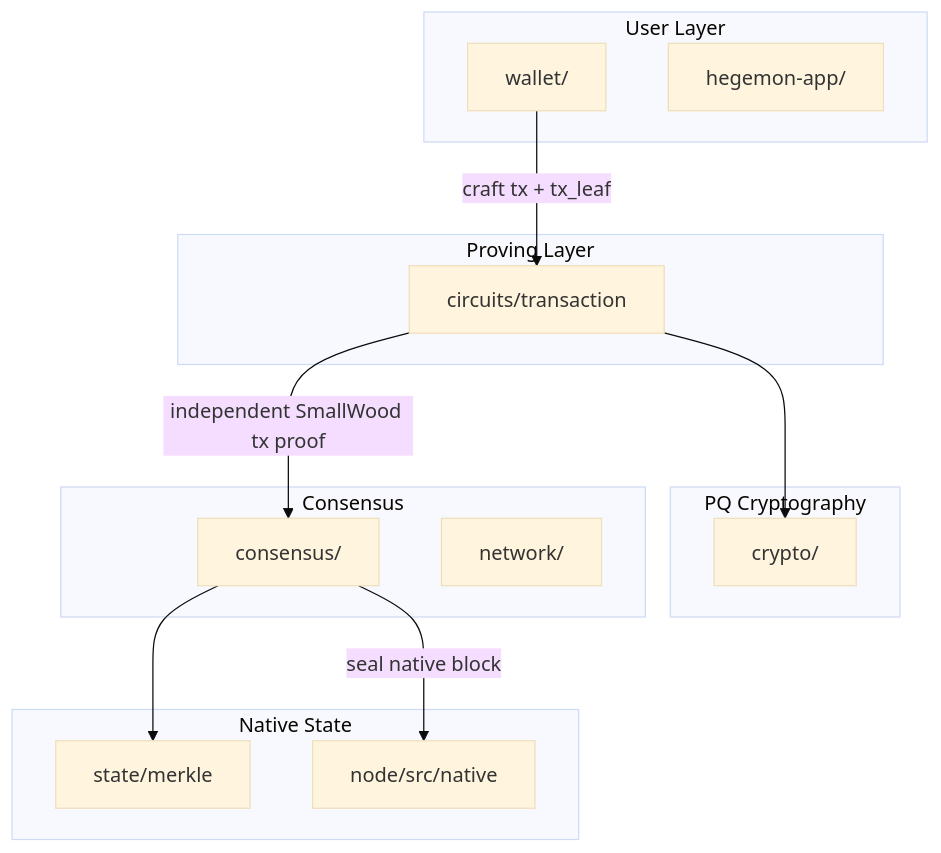
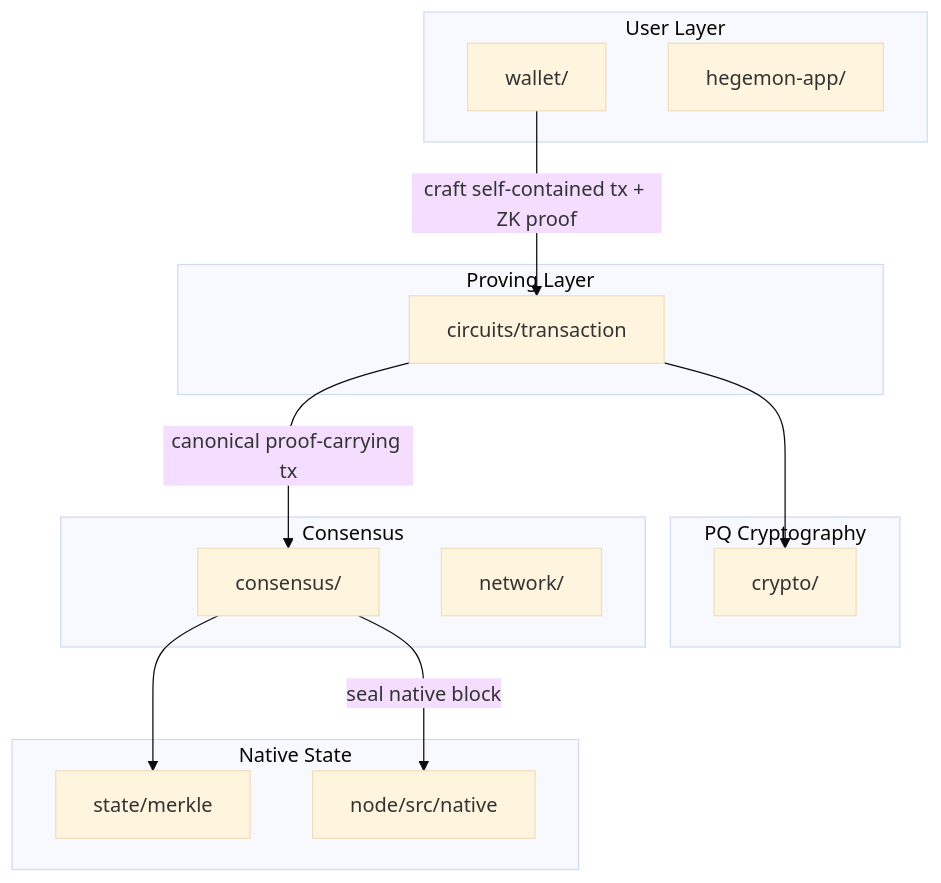
The first of 2 diagrams in README.md (Pauli-Group/Hegemon), drawn with Mermaid (base theme) before and after one commit. The commit also changed other lines of this file and 1000 other files, not shown here.

Commit message:
Checkpoint SmallWood production campaign before main PR 204

````diff
--- a/README.md
+++ b/README.md
@@ -27,31 +27,31 @@
 ```mermaid
 flowchart TB
     subgraph User["User Layer"]
         W[wallet/]
         UI[hegemon-app/]
     end
 
     subgraph Proving["Proving Layer"]
         CT[circuits/transaction]
     end
 
     subgraph Crypto["PQ Cryptography"]
         CR[crypto/]
     end
 
     subgraph Consensus["Consensus"]
         CON[consensus/]
         NET[network/]
     end
 
     subgraph State["Native State"]
         SM[state/merkle]
         NN[node/src/native]
     end
 
-    W -->|craft tx + tx_leaf| CT
-    CT -->|independent SmallWood tx proof| CON
+    W -->|craft self-contained tx + ZK proof| CT
+    CT -->|canonical proof-carrying tx| CON
     CON -->|seal native block| NN
     CT --> CR
     CON --> SM
 ```
````
